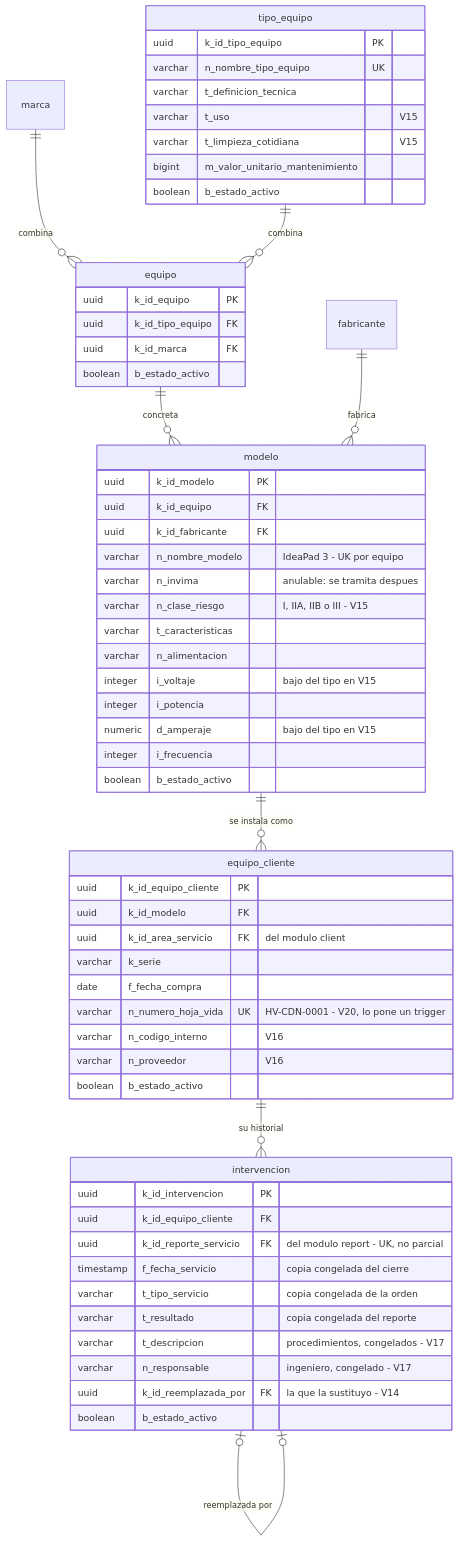
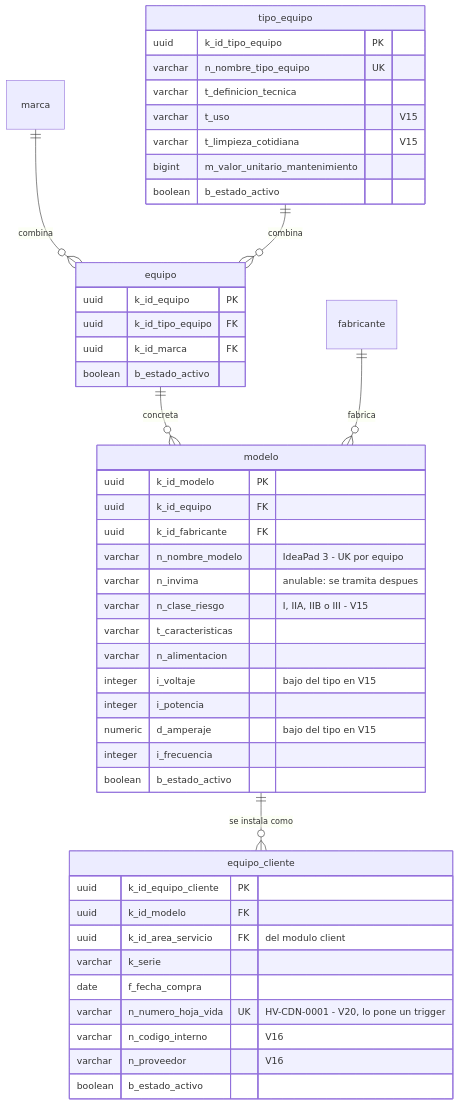
One commit to SeanBol222/MalphasOs changed the seventh of 12 diagrams in SecondBrain/wiki/base-de-datos/esquema-bd-malphasos.md. Above: the diagram before and after it, drawn with Mermaid. The commit also changed other lines of this file and 10 other files, not shown here.

````diff
--- a/SecondBrain/wiki/base-de-datos/esquema-bd-malphasos.md
+++ b/SecondBrain/wiki/base-de-datos/esquema-bd-malphasos.md
@@ -529,63 +537,49 @@
 ```mermaid
 erDiagram
     marca ||--o{ equipo : "combina"
     tipo_equipo ||--o{ equipo : "combina"
     equipo ||--o{ modelo : "concreta"
     fabricante ||--o{ modelo : "fabrica"
     modelo ||--o{ equipo_cliente : "se instala como"
-    equipo_cliente ||--o{ intervencion : "su historial"
-    intervencion |o--o| intervencion : "reemplazada por"
     tipo_equipo {
         uuid k_id_tipo_equipo PK
         varchar n_nombre_tipo_equipo UK
         varchar t_definicion_tecnica
         varchar t_uso "V15"
         varchar t_limpieza_cotidiana "V15"
         bigint m_valor_unitario_mantenimiento
         boolean b_estado_activo
     }
     equipo {
         uuid k_id_equipo PK
         uuid k_id_tipo_equipo FK
         uuid k_id_marca FK
         boolean b_estado_activo
     }
     modelo {
         uuid k_id_modelo PK
         uuid k_id_equipo FK
         uuid k_id_fabricante FK
         varchar n_nombre_modelo "IdeaPad 3 - UK por equipo"
         varchar n_invima "anulable: se tramita despues"
         varchar n_clase_riesgo "I, IIA, IIB o III - V15"
         varchar t_caracteristicas
         varchar n_alimentacion
         integer i_voltaje "bajo del tipo en V15"
         integer i_potencia
         numeric d_amperaje "bajo del tipo en V15"
         integer i_frecuencia
         boolean b_estado_activo
     }
     equipo_cliente {
         uuid k_id_equipo_cliente PK
         uuid k_id_modelo FK
         uuid k_id_area_servicio FK "del modulo client"
         varchar k_serie
         date f_fecha_compra
         varchar n_numero_hoja_vida UK "HV-CDN-0001 - V20, lo pone un trigger"
         varchar n_codigo_interno "V16"
         varchar n_proveedor "V16"
         boolean b_estado_activo
     }
-    intervencion {
-        uuid k_id_intervencion PK
-        uuid k_id_equipo_cliente FK
-        uuid k_id_reporte_servicio FK "del modulo report - UK, no parcial"
-        timestamp f_fecha_servicio "copia congelada del cierre"
-        varchar t_tipo_servicio "copia congelada de la orden"
-        varchar t_resultado "copia congelada del reporte"
-        varchar t_descripcion "procedimientos, congelados - V17"
-        varchar n_responsable "ingeniero, congelado - V17"
-        uuid k_id_reemplazada_por FK "la que la sustituyo - V14"
-        boolean b_estado_activo
-    }
 ```
````
